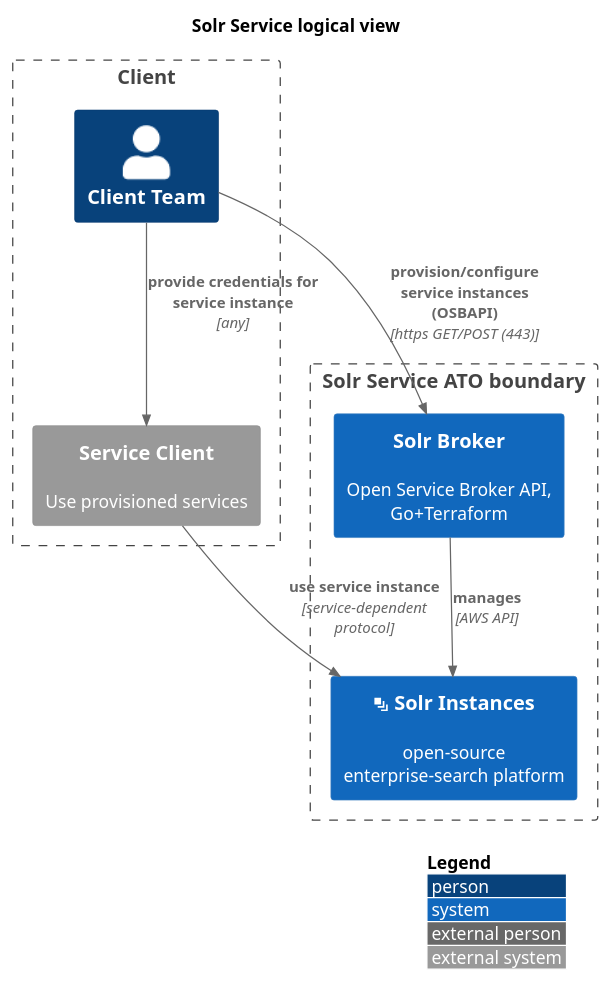
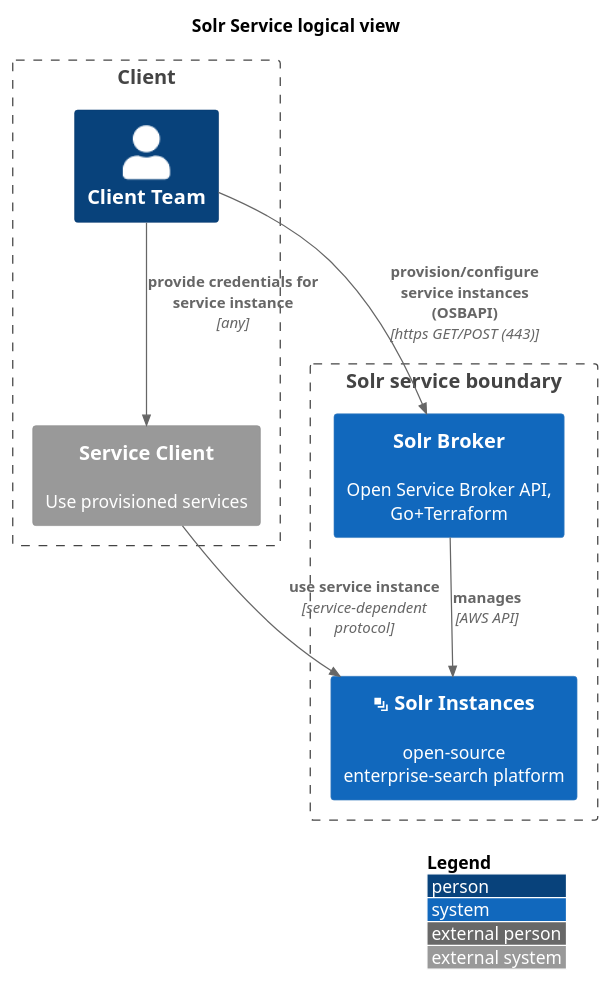
One commit to GSA/datagov-compliance changed the first of 3 diagrams in solr-service-scratchpad.md. Above: the diagram before and after it, drawn with PlantUML. The commit also changed other lines of this file and 3 other files, not shown here.

Commit message:
Generate images from the file using VSCode PlantUML extension

````diff
--- a/solr-service-scratchpad.md
+++ b/solr-service-scratchpad.md
@@ -2,20 +2,20 @@
 ```plantuml
 @startuml
 !include https://raw.githubusercontent.com/plantuml-stdlib/C4-PlantUML/master/C4_Context.puml
 LAYOUT_WITH_LEGEND()
 title Solr Service logical view
 Boundary(client, "Client") {
   Person(client_team, "Client Team")
   System_Ext(service_client, "Service Client", "Use provisioned services")
 }
 'note left of personnel : In java, every class\nextends this one.
-Boundary(Solr_app, "Solr Service ATO boundary") {
+Boundary(Solr_app, "Solr service boundary") {
     System(Solr_service, "Solr Broker", "Open Service Broker API, Go+Terraform")
     System(solr_instances, "<&layers> Solr Instances", "open-source enterprise-search platform")
 }
 Rel(service_client, solr_instances, "use service instance", "service-dependent protocol")
 Rel(client_team, service_client, "provide credentials for service instance", "any")
 Rel(client_team, Solr_service, "provision/configure service instances (OSBAPI)", "https GET/POST (443)")
 Rel(Solr_service, solr_instances , "manages", "AWS API")
 @enduml
 ```
````
